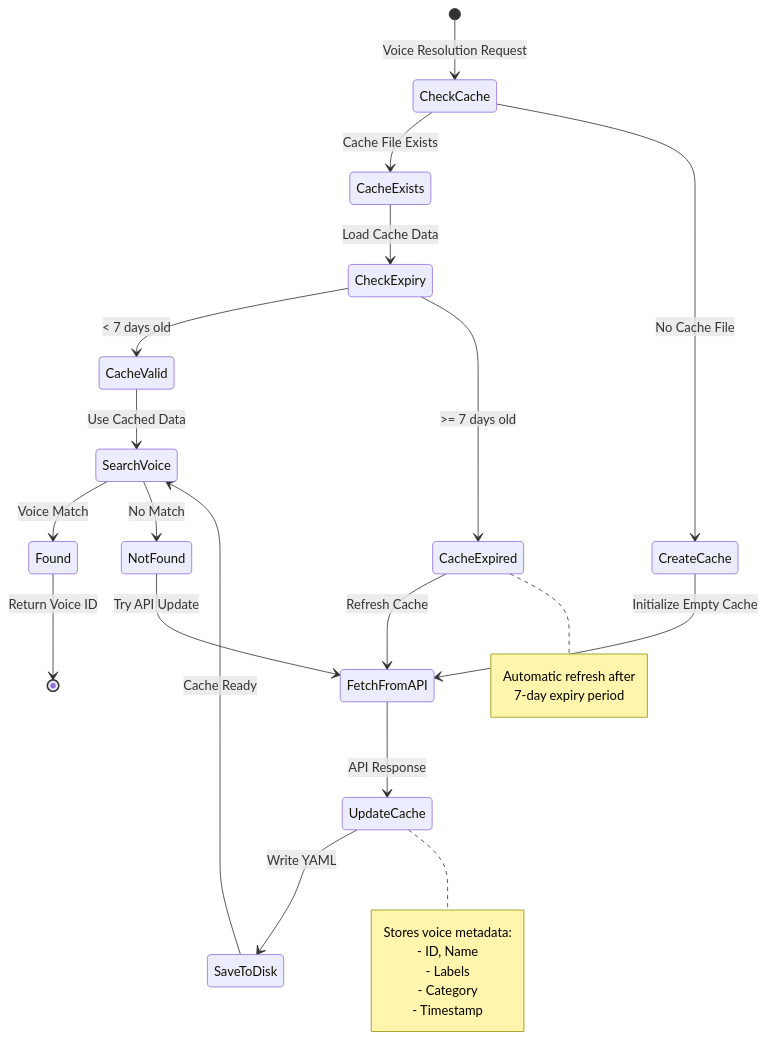
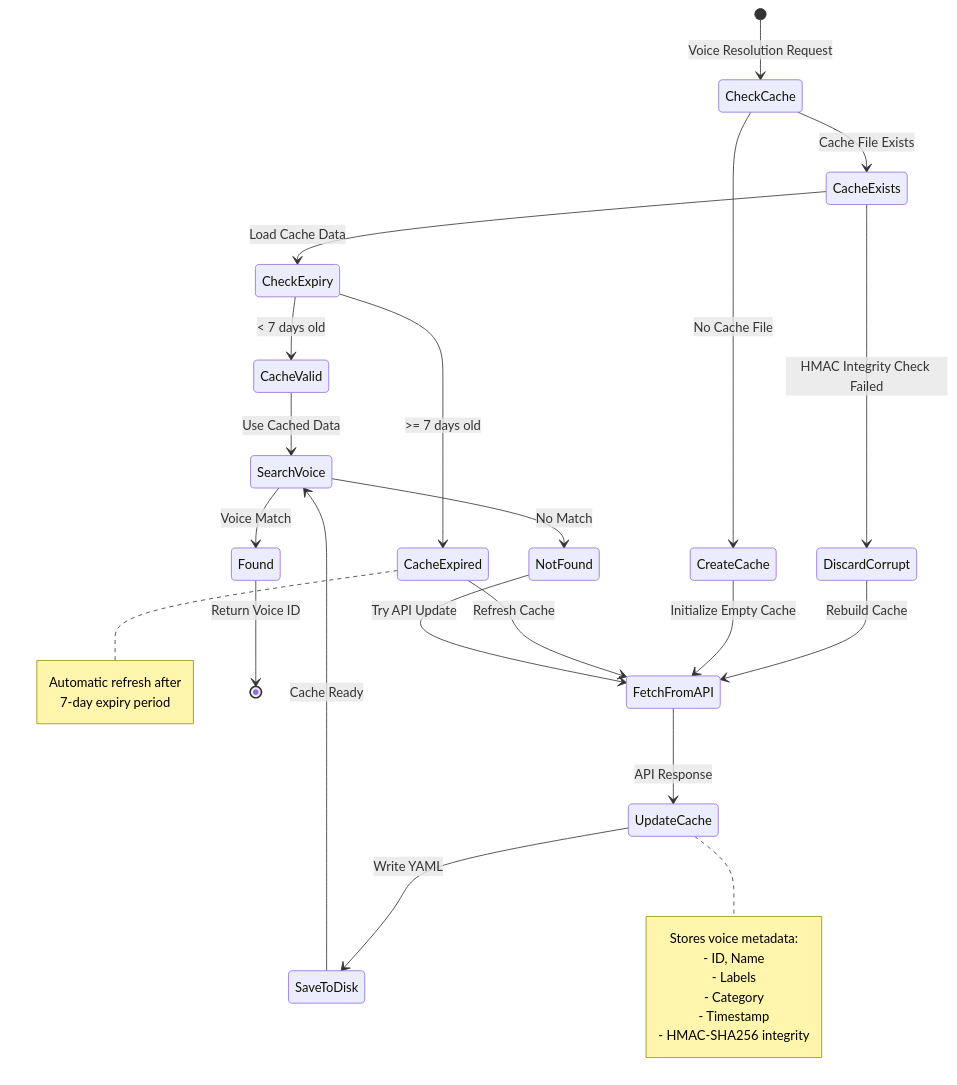
Before and after one commit to paulrobello/par-cli-tts: the seventh of 20 diagrams in docs/ARCHITECTURE.md, drawn with Mermaid. The commit also changed other lines of this file, not shown here.

First line of the commit message:
docs: sync ARCHITECTURE.md with post-remediation codebase

````diff
--- a/docs/ARCHITECTURE.md
+++ b/docs/ARCHITECTURE.md
@@ -711,39 +722,42 @@
 ```mermaid
 stateDiagram-v2
     [*] --> CheckCache: Voice Resolution Request
 
     CheckCache --> CacheExists: Cache File Exists
     CheckCache --> CreateCache: No Cache File
 
     CacheExists --> CheckExpiry: Load Cache Data
+    CacheExists --> DiscardCorrupt: HMAC Integrity Check Failed
+    DiscardCorrupt --> FetchFromAPI: Rebuild Cache
     CreateCache --> FetchFromAPI: Initialize Empty Cache
 
     CheckExpiry --> CacheValid: < 7 days old
     CheckExpiry --> CacheExpired: >= 7 days old
 
     CacheValid --> SearchVoice: Use Cached Data
     CacheExpired --> FetchFromAPI: Refresh Cache
 
     FetchFromAPI --> UpdateCache: API Response
     UpdateCache --> SaveToDisk: Write YAML
     SaveToDisk --> SearchVoice: Cache Ready
 
     SearchVoice --> Found: Voice Match
     SearchVoice --> NotFound: No Match
 
     Found --> [*]: Return Voice ID
     NotFound --> FetchFromAPI: Try API Update
 
     note right of CacheExpired
         Automatic refresh after
         7-day expiry period
     end note
 
     note right of UpdateCache
         Stores voice metadata:
         - ID, Name
         - Labels
         - Category
         - Timestamp
+        - HMAC-SHA256 integrity
     end note
 ```
````
